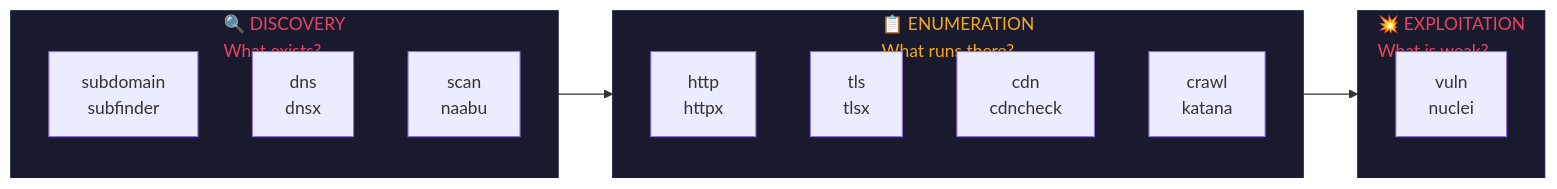
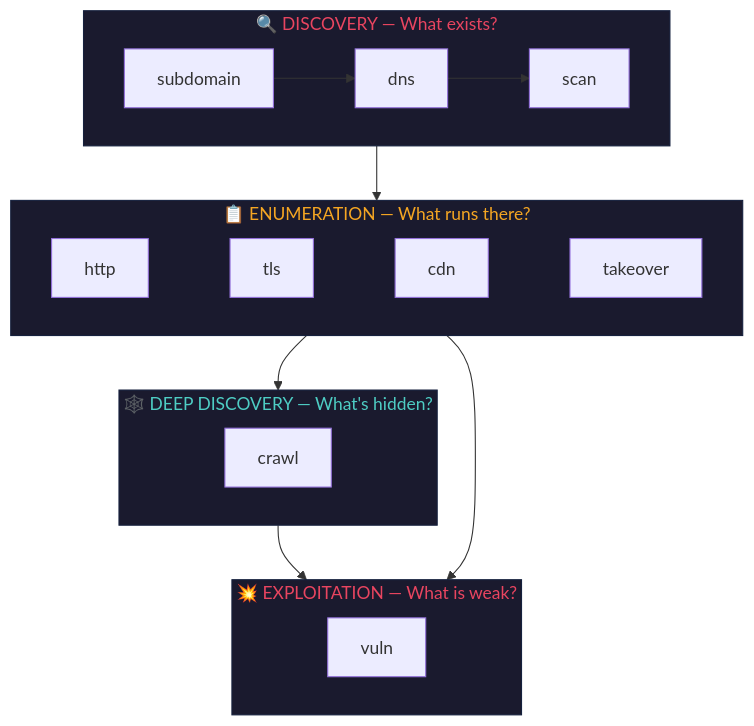
One commit to Linuxhackingid-official/Gorecon changed the first of 19 diagrams in README.md. Above: the diagram before and after it, drawn with Mermaid.

Commit message:
fix: Layout flowchart TD + subgraph direction LR

````diff
--- a/README.md
+++ b/README.md
@@ -43,25 +43,30 @@
 ```mermaid
-flowchart LR
-    subgraph DISCOVERY["🔍 DISCOVERY<br/>What exists?"]
-        A[subdomain<br/>subfinder]
-        B[dns<br/>dnsx]
-        C[scan<br/>naabu]
+flowchart TD
+    subgraph DISCOVERY["🔍 DISCOVERY — What exists?"]
+        direction LR
+        A["subdomain"] --> B["dns"] --> C["scan"]
     end
 
-    subgraph ENUMERATION["📋 ENUMERATION<br/>What runs there?"]
-        D[http<br/>httpx]
-        E[tls<br/>tlsx]
-        F[cdn<br/>cdncheck]
-        G[crawl<br/>katana]
+    subgraph ENUMERATION["📋 ENUMERATION — What runs there?"]
+        direction LR
+        D["http"] ~~~ E["tls"] ~~~ F["cdn"] ~~~ G["takeover"]
     end
 
-    subgraph EXPLOITATION["💥 EXPLOITATION<br/>What is weak?"]
-        H[vuln<br/>nuclei]
+    subgraph CRAWL["🕸️ DEEP DISCOVERY — What's hidden?"]
+        direction LR
+        H["crawl"]
     end
 
-    DISCOVERY --> ENUMERATION --> EXPLOITATION
+    subgraph EXPLOITATION["💥 EXPLOITATION — What is weak?"]
+        direction LR
+        I["vuln"]
+    end
+
+    DISCOVERY --> ENUMERATION --> CRAWL --> EXPLOITATION
+    ENUMERATION --> EXPLOITATION
 
     style DISCOVERY fill:#1a1a2e,stroke:#16213e,color:#e94560
     style ENUMERATION fill:#1a1a2e,stroke:#16213e,color:#f5a623
+    style CRAWL fill:#1a1a2e,stroke:#16213e,color:#4ecdc4
     style EXPLOITATION fill:#1a1a2e,stroke:#16213e,color:#e94560
 ```
````
